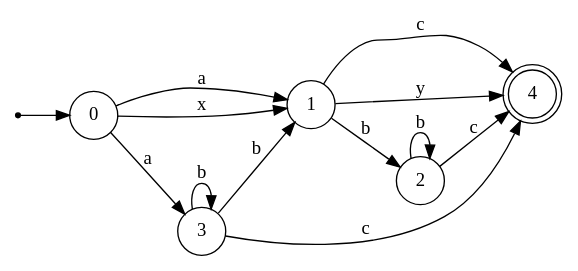
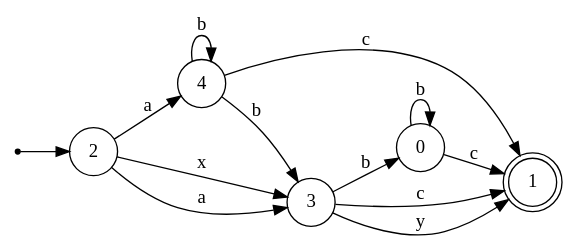
The diagram in min_left.gv (LeonardoDeFaveri/NFA-minimization), drawn with Graphviz before and after one commit. The commit also changed 3 other files, not shown here.

```diff
--- a/min_left.gv
+++ b/min_left.gv
@@ -1,22 +1,22 @@
 digraph {
 	rankdir = LR;
 	size = "30,20";
 	node [shape = point]; "dummy0"
-	node [shape = circle]; "0"
-	"dummy0" -> "0";
-	node [shape = circle]; "1";
+	node [shape = circle]; "2"
+	"dummy0" -> "2";
+	node [shape = circle]; "0";
+	node [shape = circle]; "4";
+	node [shape = doublecircle]; "1";
 	node [shape = circle]; "3";
-	node [shape = doublecircle]; "4";
-	node [shape = circle]; "2";
-	"0" -> "1" [label = "a"];
-	"0" -> "3" [label = "a"];
-	"0" -> "1" [label = "x"];
-	"2" -> "2" [label = "b"];
-	"2" -> "4" [label = "c"];
-	"3" -> "1" [label = "b"];
-	"3" -> "3" [label = "b"];
-	"3" -> "4" [label = "c"];
-	"1" -> "2" [label = "b"];
-	"1" -> "4" [label = "c"];
-	"1" -> "4" [label = "y"];
+	"0" -> "0" [label = "b"];
+	"0" -> "1" [label = "c"];
+	"4" -> "1" [label = "c"];
+	"4" -> "4" [label = "b"];
+	"4" -> "3" [label = "b"];
+	"3" -> "1" [label = "c"];
+	"3" -> "1" [label = "y"];
+	"3" -> "0" [label = "b"];
+	"2" -> "3" [label = "x"];
+	"2" -> "3" [label = "a"];
+	"2" -> "4" [label = "a"];
 }
```
